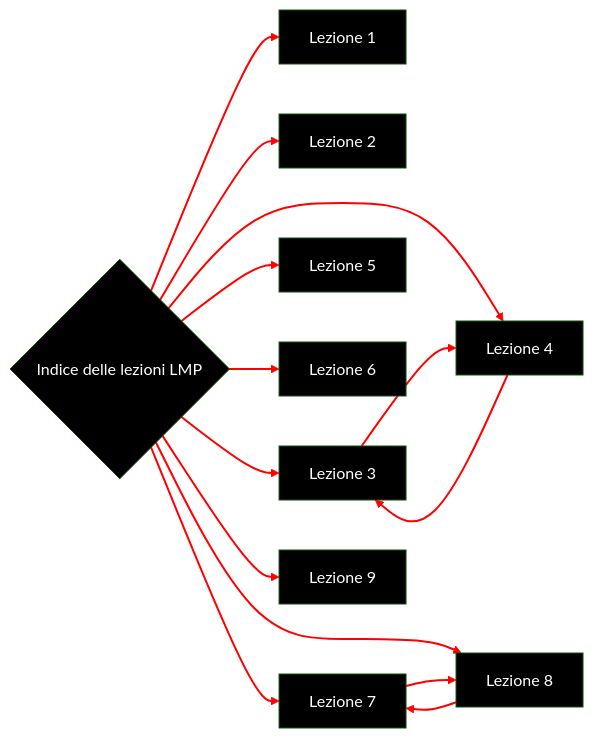
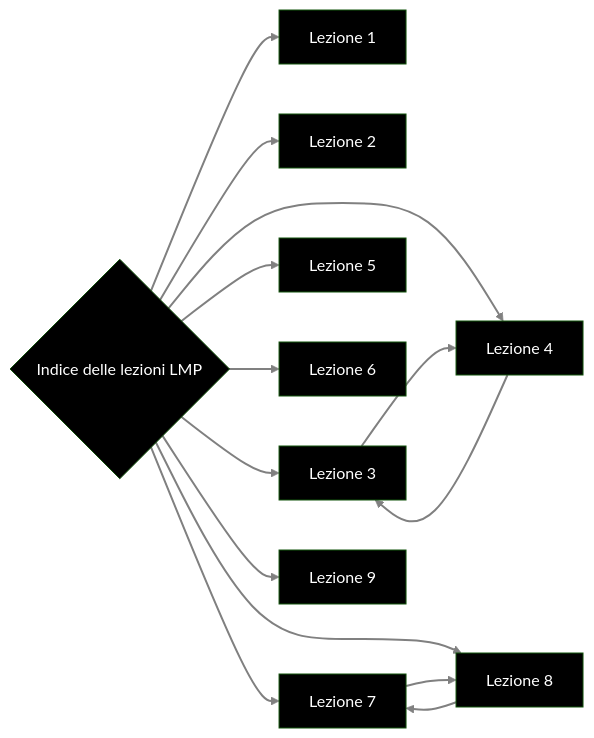
Before and after one commit to francosalvucci14/Appunti-II-anno: the diagram in Appunti ASD/MOD I/Indice degli appunti ASD.md, drawn with Mermaid (forest theme).

Commit message:
vault backup: 2022-11-16 11:46:35

````diff
--- a/Appunti ASD/MOD I/Indice degli appunti ASD.md
+++ b/Appunti ASD/MOD I/Indice degli appunti ASD.md
@@ -17,31 +17,31 @@
 ```mermaid
 graph LR
 	A{Indice delle lezioni LMP}
 	B[Lezione 1]
 	C[Lezione 2]
 	D[Lezione 3]
 	E[Lezione 4]
 	F[Lezione 5]
 	G[Lezione 6]
 	H[Lezione 7]
 	I[Lezione 8]
 	J[Lezione 9]
 	
-	linkStyle default stroke-width:2px,fill:none,stroke:red,color:red
+	linkStyle default stroke-width:2px,fill:none,stroke:grey,color:red
 
 	style A fill:black, color:#fff
 	style B fill:black, color:#fff
 	style C fill:black, color:#fff
 	style D fill:black, color:#fff
 	style E fill:black, color:#fff
 	style F fill:black, color:#fff
 	style G fill:black, color:#fff
 	style H fill:black, color:#fff
 	style I fill:black, color:#fff
 	style J fill:black, color:#fff
 	A-->B & C & D & E & F & G & H & I & J
 	H-->I
 	I-->H
 	D-->E
 	E-->D
 ```
````
